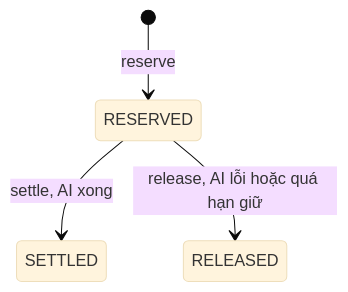
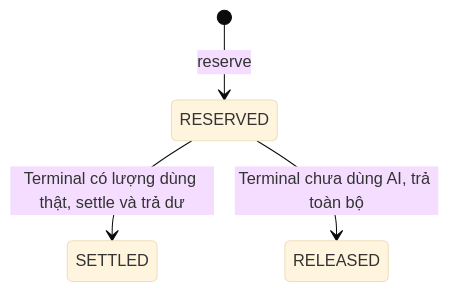
The second of 2 diagrams in aidlc-docs/construction/u07-payment-credit/functional-design/domain-entities.md (hygef-v4/AI-Powered-Learning-Platform), drawn with Mermaid (base theme) before and after one commit. The commit also changed other lines of this file and 53 other files, not shown here.

````diff
--- a/aidlc-docs/construction/u07-payment-credit/functional-design/domain-entities.md
+++ b/aidlc-docs/construction/u07-payment-credit/functional-design/domain-entities.md
@@ -77,6 +77,6 @@
 ```mermaid
 stateDiagram-v2
     [*] --> RESERVED: reserve
-    RESERVED --> SETTLED: settle, AI xong
-    RESERVED --> RELEASED: release, AI lỗi hoặc quá hạn giữ
+    RESERVED --> SETTLED: Terminal có lượng dùng thật, settle và trả dư
+    RESERVED --> RELEASED: Terminal chưa dùng AI, trả toàn bộ
 ```
````
